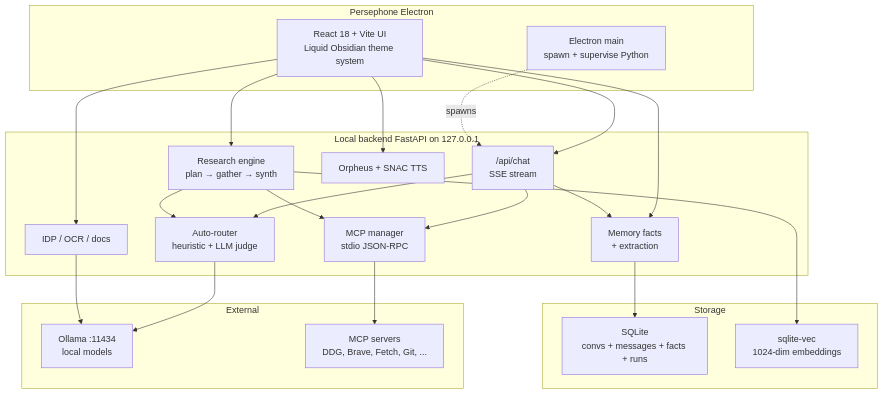
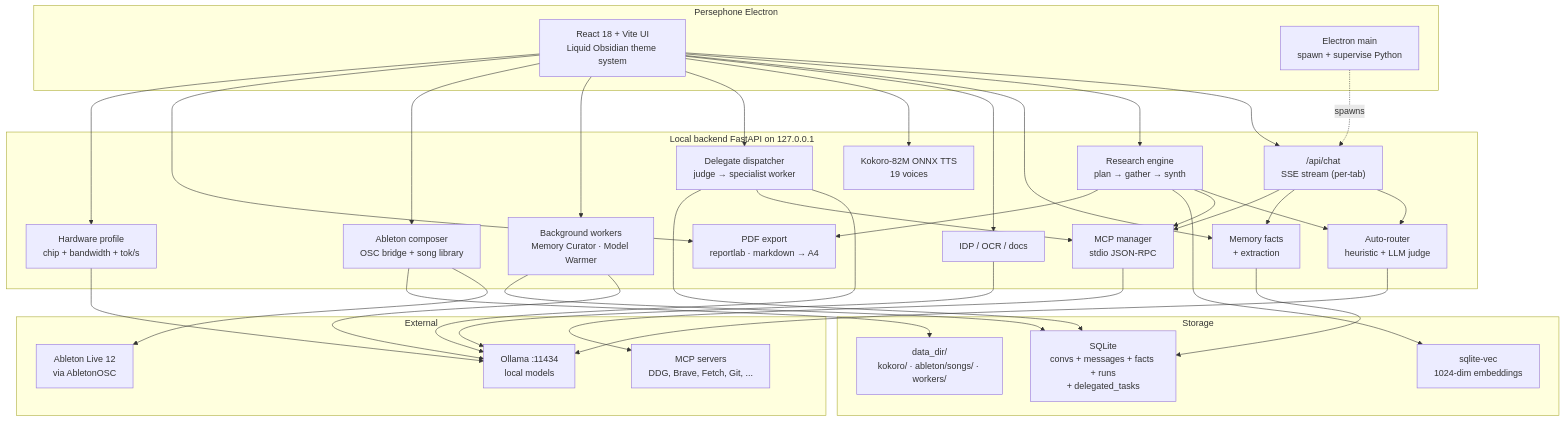
The diagram in README.md (michelneufeglise/persephone), drawn with Mermaid before and after one commit. The commit also changed other lines of this file and 22 other files, not shown here.

````diff
--- a/README.md
+++ b/README.md
@@ -109,48 +109,72 @@
 ```mermaid
 graph TB
     subgraph "Persephone Electron"
         UI["React 18 + Vite UI<br/>Liquid Obsidian theme system"]
         Main["Electron main<br/>spawn + supervise Python"]
     end
 
     subgraph "Local backend FastAPI on 127.0.0.1"
-        Chat["/api/chat<br/>SSE stream"]
+        Chat["/api/chat<br/>SSE stream (per-tab)"]
         Router["Auto-router<br/>heuristic + LLM judge"]
         Memory["Memory facts<br/>+ extraction"]
         Research["Research engine<br/>plan → gather → synth"]
         IDP["IDP / OCR / docs"]
-        TTS["Orpheus + SNAC TTS"]
+        TTS["Kokoro-82M ONNX TTS<br/>19 voices"]
         MCPMgr["MCP manager<br/>stdio JSON-RPC"]
+        Delegate["Delegate dispatcher<br/>judge → specialist worker"]
+        Workers["Background workers<br/>Memory Curator · Model Warmer"]
+        Ableton["Ableton composer<br/>OSC bridge + song library"]
+        PDF["PDF export<br/>reportlab · markdown → A4"]
+        HW["Hardware profile<br/>chip + bandwidth + tok/s"]
     end
 
     subgraph "Storage"
-        SQL["SQLite<br/>convs + messages + facts + runs"]
+        SQL["SQLite<br/>convs + messages + facts + runs<br/>+ delegated_tasks"]
         Vec["sqlite-vec<br/>1024-dim embeddings"]
+        FS["data_dir/<br/>kokoro/ · ableton/songs/ · workers/"]
     end
 
     subgraph "External"
         Ollama["Ollama :11434<br/>local models"]
         MCPs["MCP servers<br/>DDG, Brave, Fetch, Git, ..."]
+        Live["Ableton Live 12<br/>via AbletonOSC"]
     end
 
     UI --> Chat
     UI --> Research
     UI --> Memory
     UI --> IDP
     UI --> TTS
+    UI --> Delegate
+    UI --> Workers
+    UI --> Ableton
+    UI --> PDF
+    UI --> HW
 
     Chat --> Router
     Router --> Ollama
     Chat --> Memory
     Chat --> MCPMgr
 
     Research --> Router
     Research --> MCPMgr
     Research --> Vec
+    Research --> PDF
+
+    Delegate --> Ollama
+    Delegate --> MCPMgr
+    Delegate --> SQL
+
+    Workers --> Ollama
+    Workers --> SQL
+
+    Ableton --> Live
+    Ableton --> FS
 
     Memory --> SQL
     IDP --> Ollama
     MCPMgr --> MCPs
+    HW --> Ollama
 
     Main -.spawns.-> Chat
 ```
````
